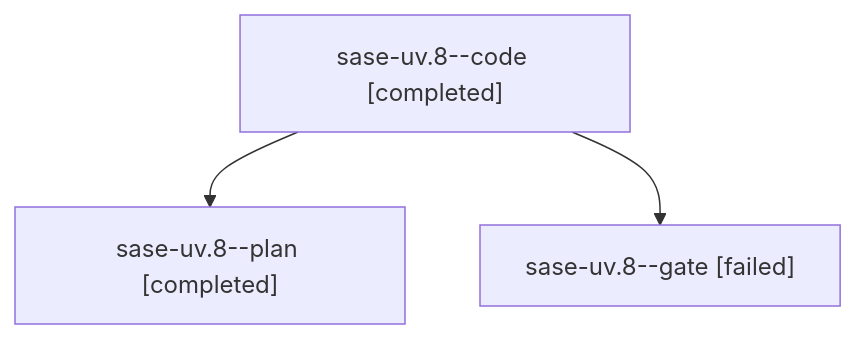
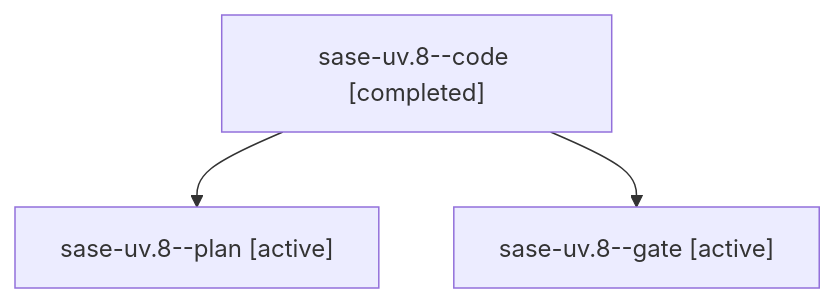
One commit to sase-org/sase--agents changed the diagram in families/bbugyi200.athena.sase-uv.8.md. Above: the diagram before and after it, drawn with Mermaid. The commit also changed other lines of this file and 35830 other files, not shown here.

````diff
--- a/families/bbugyi200.athena.sase-uv.8.md
+++ b/families/bbugyi200.athena.sase-uv.8.md
@@ -9,8 +9,8 @@
 ```mermaid
 flowchart TD
   n0["sase-uv.8--code [completed]"]
-  n1["sase-uv.8--plan [completed]"]
+  n1["sase-uv.8--plan [active]"]
   n0 --> n1
-  n2["sase-uv.8--gate [failed]"]
+  n2["sase-uv.8--gate [active]"]
   n0 --> n2
 ```
````
